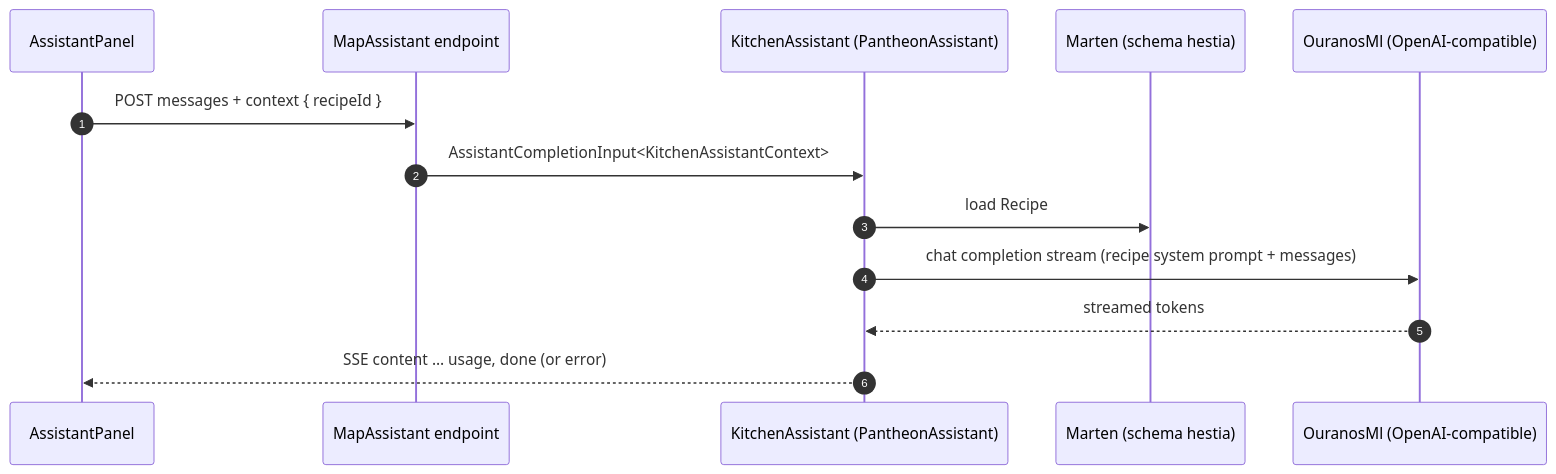
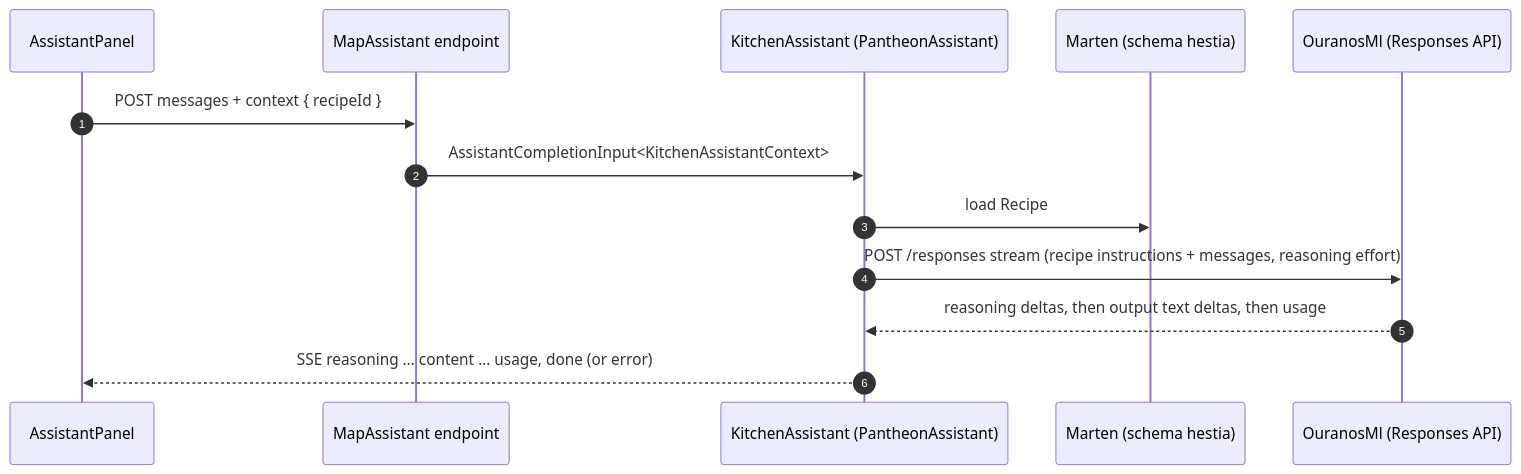
One commit to davwales/ouranos-pantheon changed the seventh of 7 diagrams in docs/architecture/06-runtime-view.md. Above: the diagram before and after it, drawn with Mermaid. The commit also changed 30 other files, not shown here.

First line of the commit message:
feat(ouranos-ml): added responses api integration

````diff
--- a/docs/architecture/06-runtime-view.md
+++ b/docs/architecture/06-runtime-view.md
@@ -195,16 +195,16 @@
 ```mermaid
 sequenceDiagram
     autonumber
     participant UI as AssistantPanel
     participant EP as MapAssistant endpoint
     participant A as KitchenAssistant (PantheonAssistant)
     participant ES as Marten (schema hestia)
-    participant ML as OuranosMl (OpenAI-compatible)
+    participant ML as OuranosMl (Responses API)
 
     UI ->> EP: POST messages + context { recipeId }
     EP ->> A: AssistantCompletionInput<KitchenAssistantContext>
     A ->> ES: load Recipe
-    A ->> ML: chat completion stream (recipe system prompt + messages)
-    ML -->> A: streamed tokens
-    A -->> UI: SSE content … usage, done (or error)
+    A ->> ML: POST /responses stream (recipe instructions + messages, reasoning effort)
+    ML -->> A: reasoning deltas, then output text deltas, then usage
+    A -->> UI: SSE reasoning … content … usage, done (or error)
 ```
````
